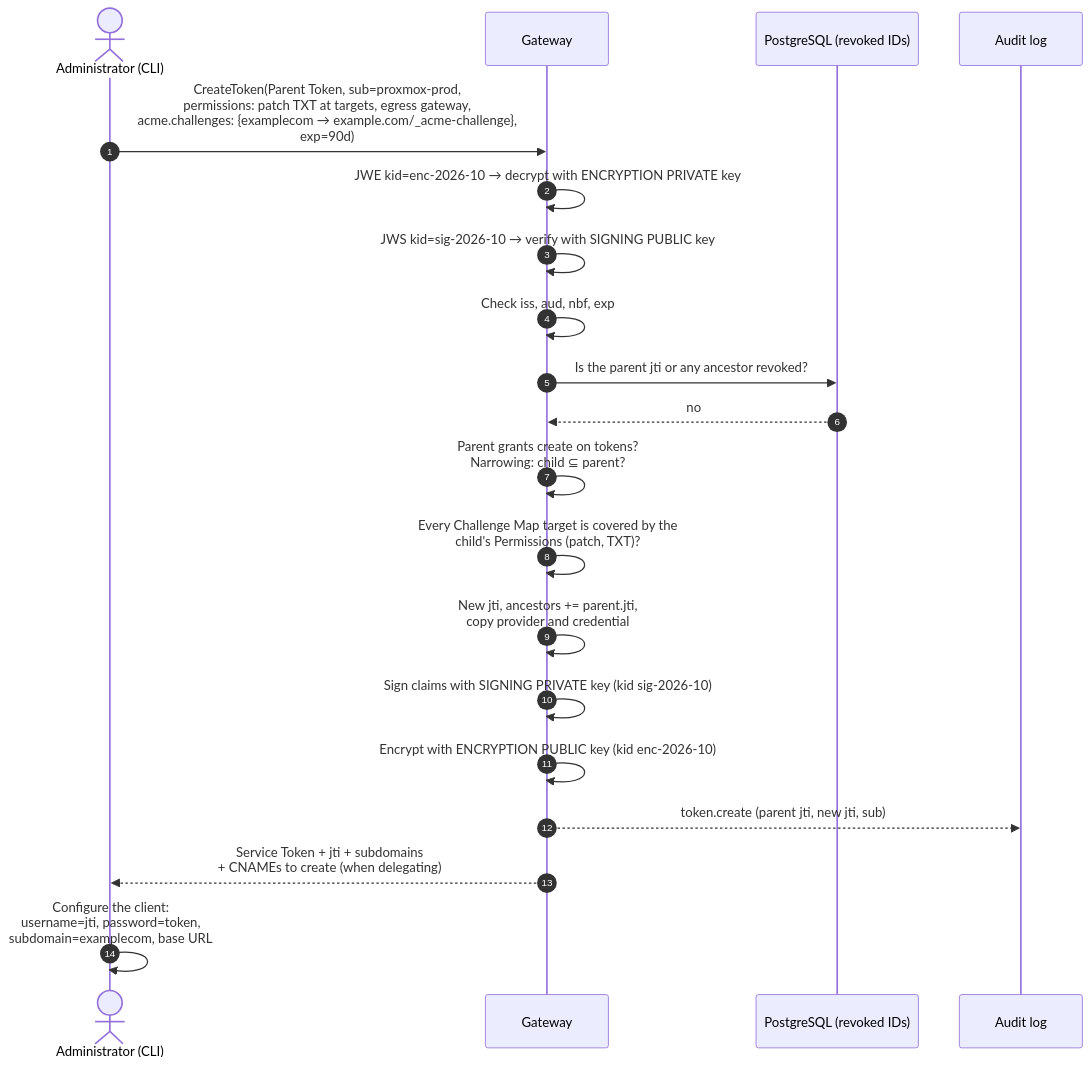
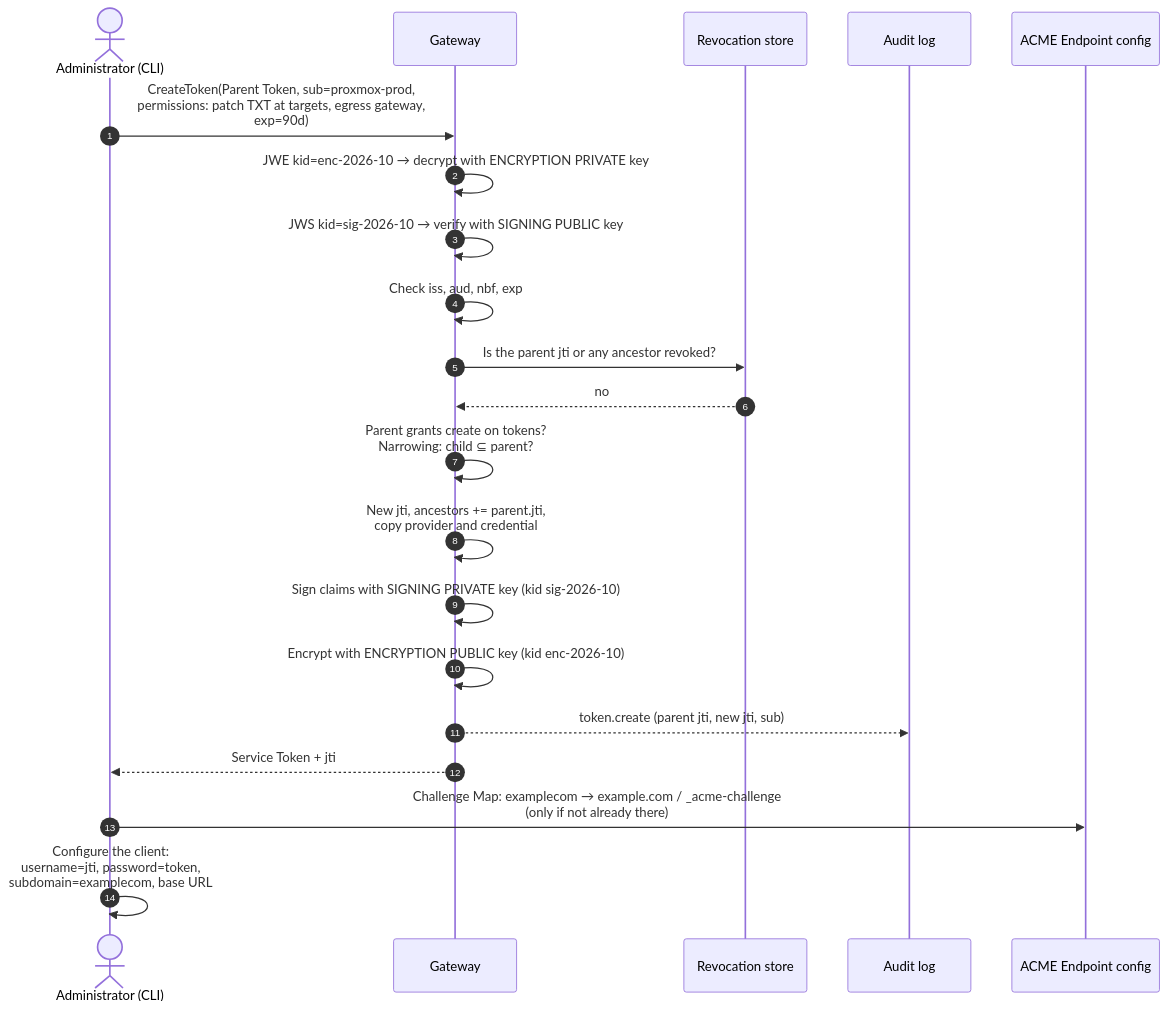
The first of 4 diagrams in docs/acme-flows.md (dnsgateway/dnsgate), drawn with Mermaid before and after one commit. The commit also changed other lines of this file and 28 other files, not shown here.

First line of the commit message:
feat: add dnsgate-acme, the acme endpoint as a gateway client

````diff
--- a/docs/acme-flows.md
+++ b/docs/acme-flows.md
@@ -66,23 +66,24 @@
 ```mermaid
 sequenceDiagram
     autonumber
     actor Admin as Administrator (CLI)
     participant GW as Gateway
-    participant DB as PostgreSQL (revoked IDs)
+    participant DB as Revocation store
     participant Log as Audit log
+    participant AE as ACME Endpoint config
 
-    Admin->>GW: CreateToken(Parent Token, sub=proxmox-prod,<br/>permissions: patch TXT at targets, egress gateway,<br/>acme.challenges: {examplecom → example.com/_acme-challenge},<br/>exp=90d)
+    Admin->>GW: CreateToken(Parent Token, sub=proxmox-prod,<br/>permissions: patch TXT at targets, egress gateway,<br/>exp=90d)
     GW->>GW: JWE kid=enc-2026-10 → decrypt with ENCRYPTION PRIVATE key
     GW->>GW: JWS kid=sig-2026-10 → verify with SIGNING PUBLIC key
     GW->>GW: Check iss, aud, nbf, exp
     GW->>DB: Is the parent jti or any ancestor revoked?
     DB-->>GW: no
     GW->>GW: Parent grants create on tokens?<br/>Narrowing: child ⊆ parent?
-    GW->>GW: Every Challenge Map target is covered by the<br/>child's Permissions (patch, TXT)?
     GW->>GW: New jti, ancestors += parent.jti,<br/>copy provider and credential
     GW->>GW: Sign claims with SIGNING PRIVATE key (kid sig-2026-10)
     GW->>GW: Encrypt with ENCRYPTION PUBLIC key (kid enc-2026-10)
     GW-->>Log: token.create (parent jti, new jti, sub)
-    GW-->>Admin: Service Token + jti + subdomains<br/>+ CNAMEs to create (when delegating)
+    GW-->>Admin: Service Token + jti
+    Admin->>AE: Challenge Map: examplecom → example.com / _acme-challenge<br/>(only if not already there)
     Admin->>Admin: Configure the client:<br/>username=jti, password=token,<br/>subdomain=examplecom, base URL
 ```
````
